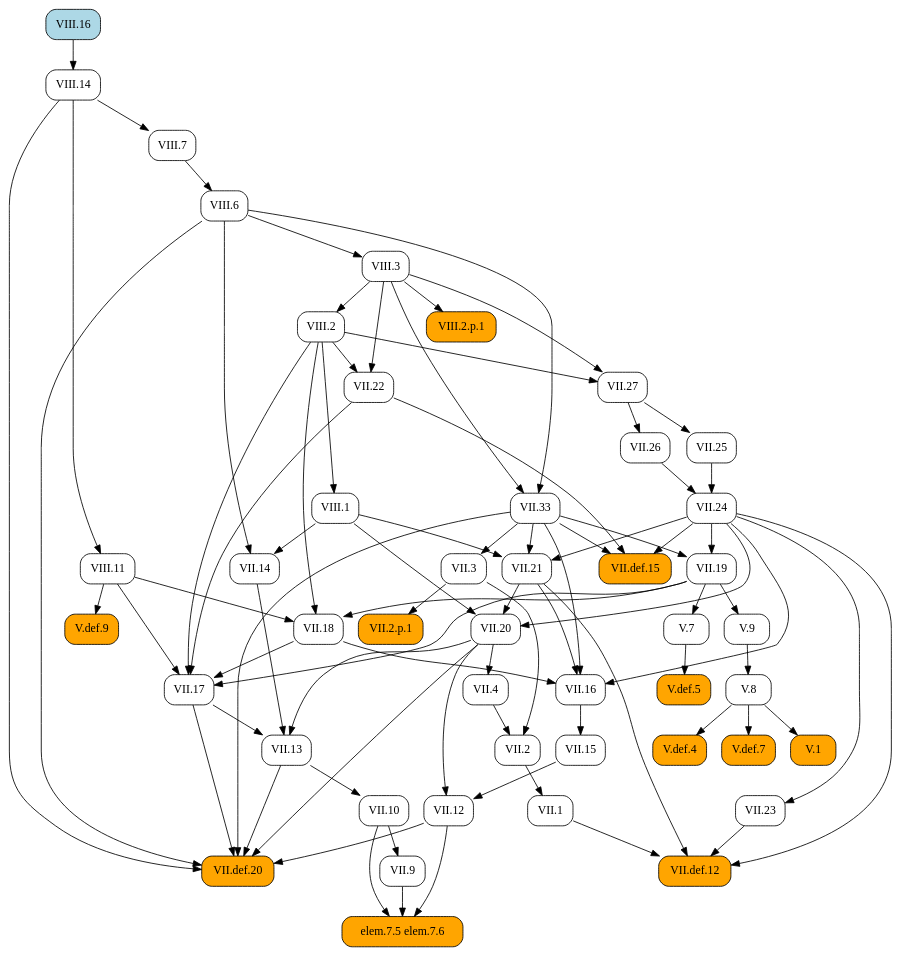
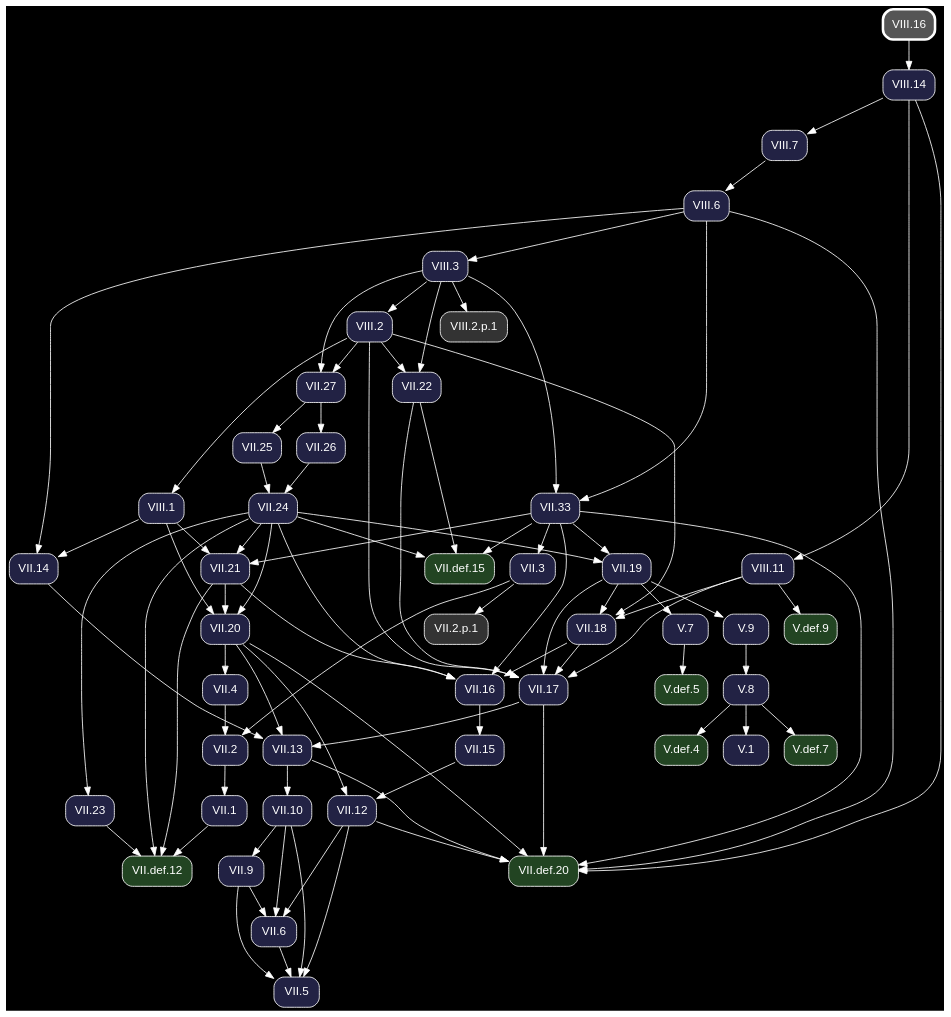
The diagram in docsrc/heath/VIII/16/index.rst (geometor/elements), drawn with Graphviz before and after one commit. The commit also changed other lines of this file and 1200 other files, not shown here.

Commit message:
update dependency graphs

```diff
--- a/docsrc/heath/VIII/16/index.rst
+++ b/docsrc/heath/VIII/16/index.rst
@@ -34,92 +34,65 @@
 .. graphviz::
 
    digraph {
+     bgcolor="black";
+     node [shape=box, style="rounded,filled", fontname="Helvetica", color="white", fontcolor="white"];
+     edge [color="white", fontcolor="white"];
      rankdir="TB";
-     node [shape=box, style=rounded];
-     "VII.33" [URL="/heath/VII/33/", target="_top"];
-     "VII.12" [URL="/heath/VII/12/", target="_top"];
-     "VIII.6" [URL="/heath/VIII/6/", target="_top"];
-     "elem.7.5 elem.7.6" [style="rounded,filled", fillcolor=orange];
-     "VII.9" [URL="/heath/VII/9/", target="_top"];
-     "VIII.2" [URL="/heath/VIII/2/", target="_top"];
-     "VII.18" [URL="/heath/VII/18/", target="_top"];
-     "VII.16" [URL="/heath/VII/16/", target="_top"];
-     "V.7" [URL="/heath/V/7/", target="_top"];
-     "VII.26" [URL="/heath/VII/26/", target="_top"];
-     "V.def.5" [style="rounded,filled", fillcolor=orange, URL="/heath/V/def.5/", target="_top"];
-     "V.9" [URL="/heath/V/9/", target="_top"];
-     "VII.10" [URL="/heath/VII/10/", target="_top"];
-     "VIII.3" [URL="/heath/VIII/3/", target="_top"];
-     "VII.13" [URL="/heath/VII/13/", target="_top"];
-     "VII.def.15" [style="rounded,filled", fillcolor=orange, URL="/heath/VII/def.15/", target="_top"];
-     "VIII.14" [URL="/heath/VIII/14/", target="_top"];
-     "VII.17" [URL="/heath/VII/17/", target="_top"];
-     "VII.19" [URL="/heath/VII/19/", target="_top"];
-     "VIII.11" [URL="/heath/VIII/11/", target="_top"];
-     "VIII.2.p.1" [style="rounded,filled", fillcolor=orange];
-     "VII.def.20" [style="rounded,filled", fillcolor=orange, URL="/heath/VII/def.20/", target="_top"];
-     "VII.2" [URL="/heath/VII/2/", target="_top"];
-     "VII.15" [URL="/heath/VII/15/", target="_top"];
-     "VII.2.p.1" [style="rounded,filled", fillcolor=orange];
-     "V.def.4" [style="rounded,filled", fillcolor=orange, URL="/heath/V/def.4/", target="_top"];
-     "VIII.7" [URL="/heath/VIII/7/", target="_top"];
-     "V.def.7" [style="rounded,filled", fillcolor=orange, URL="/heath/V/def.7/", target="_top"];
-     "VIII.16" [style="rounded,filled", fillcolor=lightblue, URL="/heath/VIII/16/", target="_top"];
-     "VII.14" [URL="/heath/VII/14/", target="_top"];
-     "VII.27" [URL="/heath/VII/27/", target="_top"];
-     "VII.21" [URL="/heath/VII/21/", target="_top"];
-     "VII.22" [URL="/heath/VII/22/", target="_top"];
-     "VII.25" [URL="/heath/VII/25/", target="_top"];
-     "VIII.1" [URL="/heath/VIII/1/", target="_top"];
-     "VII.1" [URL="/heath/VII/1/", target="_top"];
-     "V.8" [URL="/heath/V/8/", target="_top"];
-     "VII.23" [URL="/heath/VII/23/", target="_top"];
-     "VII.4" [URL="/heath/VII/4/", target="_top"];
-     "VII.def.12" [style="rounded,filled", fillcolor=orange, URL="/heath/VII/def.12/", target="_top"];
-     "V.1" [style="rounded,filled", fillcolor=orange, URL="/heath/V/1/", target="_top"];
-     "V.def.9" [style="rounded,filled", fillcolor=orange, URL="/heath/V/def.9/", target="_top"];
-     "VII.3" [URL="/heath/VII/3/", target="_top"];
-     "VII.24" [URL="/heath/VII/24/", target="_top"];
-     "VII.20" [URL="/heath/VII/20/", target="_top"];
+     "VII.33" [fillcolor="#222244", URL="/heath/VII/33/", target="_top"];
+     "V.def.5" [fillcolor="#224422", URL="/heath/V/def.5/", target="_top"];
+     "V.def.9" [fillcolor="#224422", URL="/heath/V/def.9/", target="_top"];
+     "VII.18" [fillcolor="#222244", URL="/heath/VII/18/", target="_top"];
+     "VII.2" [fillcolor="#222244", URL="/heath/VII/2/", target="_top"];
+     "VII.def.20" [fillcolor="#224422", URL="/heath/VII/def.20/", target="_top"];
+     "VII.26" [fillcolor="#222244", URL="/heath/VII/26/", target="_top"];
+     "VII.1" [fillcolor="#222244", URL="/heath/VII/1/", target="_top"];
+     "VIII.6" [fillcolor="#222244", URL="/heath/VIII/6/", target="_top"];
+     "VII.13" [fillcolor="#222244", URL="/heath/VII/13/", target="_top"];
+     "VIII.16" [penwidth=3, color="white", fillcolor="#555555", URL="/heath/VIII/16/", target="_top"];
+     "VIII.2.p.1" [fillcolor="#333333"];
+     "VII.27" [fillcolor="#222244", URL="/heath/VII/27/", target="_top"];
+     "VII.4" [fillcolor="#222244", URL="/heath/VII/4/", target="_top"];
+     "VII.25" [fillcolor="#222244", URL="/heath/VII/25/", target="_top"];
+     "VII.21" [fillcolor="#222244", URL="/heath/VII/21/", target="_top"];
+     "VIII.11" [fillcolor="#222244", URL="/heath/VIII/11/", target="_top"];
+     "VII.9" [fillcolor="#222244", URL="/heath/VII/9/", target="_top"];
+     "V.7" [fillcolor="#222244", URL="/heath/V/7/", target="_top"];
+     "VII.12" [fillcolor="#222244", URL="/heath/VII/12/", target="_top"];
+     "V.9" [fillcolor="#222244", URL="/heath/V/9/", target="_top"];
+     "VII.17" [fillcolor="#222244", URL="/heath/VII/17/", target="_top"];
+     "VII.24" [fillcolor="#222244", URL="/heath/VII/24/", target="_top"];
+     "VII.22" [fillcolor="#222244", URL="/heath/VII/22/", target="_top"];
+     "VIII.2" [fillcolor="#222244", URL="/heath/VIII/2/", target="_top"];
+     "V.def.7" [fillcolor="#224422", URL="/heath/V/def.7/", target="_top"];
+     "VII.20" [fillcolor="#222244", URL="/heath/VII/20/", target="_top"];
+     "V.def.4" [fillcolor="#224422", URL="/heath/V/def.4/", target="_top"];
+     "VII.5" [fillcolor="#222244", URL="/heath/VII/5/", target="_top"];
+     "VII.def.15" [fillcolor="#224422", URL="/heath/VII/def.15/", target="_top"];
+     "VIII.3" [fillcolor="#222244", URL="/heath/VIII/3/", target="_top"];
+     "VII.2.p.1" [fillcolor="#333333"];
+     "VII.6" [fillcolor="#222244", URL="/heath/VII/6/", target="_top"];
+     "VII.16" [fillcolor="#222244", URL="/heath/VII/16/", target="_top"];
+     "VII.15" [fillcolor="#222244", URL="/heath/VII/15/", target="_top"];
+     "V.1" [fillcolor="#222244", URL="/heath/V/1/", target="_top"];
+     "VIII.7" [fillcolor="#222244", URL="/heath/VIII/7/", target="_top"];
+     "VII.10" [fillcolor="#222244", URL="/heath/VII/10/", target="_top"];
+     "VIII.14" [fillcolor="#222244", URL="/heath/VIII/14/", target="_top"];
+     "VII.def.12" [fillcolor="#224422", URL="/heath/VII/def.12/", target="_top"];
+     "VII.19" [fillcolor="#222244", URL="/heath/VII/19/", target="_top"];
+     "VIII.1" [fillcolor="#222244", URL="/heath/VIII/1/", target="_top"];
+     "V.8" [fillcolor="#222244", URL="/heath/V/8/", target="_top"];
+     "VII.23" [fillcolor="#222244", URL="/heath/VII/23/", target="_top"];
+     "VII.3" [fillcolor="#222244", URL="/heath/VII/3/", target="_top"];
+     "VII.14" [fillcolor="#222244", URL="/heath/VII/14/", target="_top"];
      "VIII.3" -> "VII.33";
      "VIII.6" -> "VII.33";
-     "VII.15" -> "VII.12";
-     "VII.20" -> "VII.12";
-     "VIII.7" -> "VIII.6";
-     "VII.9" -> "elem.7.5 elem.7.6";
-     "VII.10" -> "elem.7.5 elem.7.6";
-     "VII.12" -> "elem.7.5 elem.7.6";
-     "VII.10" -> "VII.9";
-     "VIII.3" -> "VIII.2";
+     "V.7" -> "V.def.5";
+     "VIII.11" -> "V.def.9";
      "VII.19" -> "VII.18";
      "VIII.2" -> "VII.18";
      "VIII.11" -> "VII.18";
-     "VII.18" -> "VII.16";
-     "VII.21" -> "VII.16";
-     "VII.24" -> "VII.16";
-     "VII.33" -> "VII.16";
-     "VII.19" -> "V.7";
-     "VII.27" -> "VII.26";
-     "V.7" -> "V.def.5";
-     "VII.19" -> "V.9";
-     "VII.13" -> "VII.10";
-     "VIII.6" -> "VIII.3";
-     "VII.14" -> "VII.13";
-     "VII.17" -> "VII.13";
-     "VII.20" -> "VII.13";
-     "VII.22" -> "VII.def.15";
-     "VII.24" -> "VII.def.15";
-     "VII.33" -> "VII.def.15";
-     "VIII.16" -> "VIII.14";
-     "VII.18" -> "VII.17";
-     "VII.19" -> "VII.17";
-     "VII.22" -> "VII.17";
-     "VIII.2" -> "VII.17";
-     "VIII.11" -> "VII.17";
-     "VII.24" -> "VII.19";
-     "VII.33" -> "VII.19";
-     "VIII.14" -> "VIII.11";
-     "VIII.3" -> "VIII.2.p.1";
+     "VII.3" -> "VII.2";
+     "VII.4" -> "VII.2";
      "VII.12" -> "VII.def.20";
      "VII.13" -> "VII.def.20";
      "VII.17" -> "VII.def.20";
@@ -127,38 +100,72 @@
      "VII.33" -> "VII.def.20";
      "VIII.6" -> "VII.def.20";
      "VIII.14" -> "VII.def.20";
-     "VII.3" -> "VII.2";
-     "VII.4" -> "VII.2";
-     "VII.16" -> "VII.15";
-     "VII.3" -> "VII.2.p.1";
-     "V.8" -> "V.def.4";
-     "VIII.14" -> "VIII.7";
-     "V.8" -> "V.def.7";
-     "VIII.1" -> "VII.14";
-     "VIII.6" -> "VII.14";
+     "VII.27" -> "VII.26";
+     "VII.2" -> "VII.1";
+     "VIII.7" -> "VIII.6";
+     "VII.14" -> "VII.13";
+     "VII.17" -> "VII.13";
+     "VII.20" -> "VII.13";
+     "VIII.3" -> "VIII.2.p.1";
      "VIII.2" -> "VII.27";
      "VIII.3" -> "VII.27";
+     "VII.20" -> "VII.4";
+     "VII.27" -> "VII.25";
      "VII.24" -> "VII.21";
      "VII.33" -> "VII.21";
      "VIII.1" -> "VII.21";
+     "VIII.14" -> "VIII.11";
+     "VII.10" -> "VII.9";
+     "VII.19" -> "V.7";
+     "VII.15" -> "VII.12";
+     "VII.20" -> "VII.12";
+     "VII.19" -> "V.9";
+     "VII.18" -> "VII.17";
+     "VII.19" -> "VII.17";
+     "VII.22" -> "VII.17";
+     "VIII.2" -> "VII.17";
+     "VIII.11" -> "VII.17";
+     "VII.25" -> "VII.24";
+     "VII.26" -> "VII.24";
      "VIII.2" -> "VII.22";
      "VIII.3" -> "VII.22";
-     "VII.27" -> "VII.25";
-     "VIII.2" -> "VIII.1";
-     "VII.2" -> "VII.1";
-     "V.9" -> "V.8";
-     "VII.24" -> "VII.23";
-     "VII.20" -> "VII.4";
+     "VIII.3" -> "VIII.2";
+     "V.8" -> "V.def.7";
+     "VII.21" -> "VII.20";
+     "VII.24" -> "VII.20";
+     "VIII.1" -> "VII.20";
+     "V.8" -> "V.def.4";
+     "VII.6" -> "VII.5";
+     "VII.9" -> "VII.5";
+     "VII.10" -> "VII.5";
+     "VII.12" -> "VII.5";
+     "VII.22" -> "VII.def.15";
+     "VII.24" -> "VII.def.15";
+     "VII.33" -> "VII.def.15";
+     "VIII.6" -> "VIII.3";
+     "VII.3" -> "VII.2.p.1";
+     "VII.9" -> "VII.6";
+     "VII.10" -> "VII.6";
+     "VII.12" -> "VII.6";
+     "VII.18" -> "VII.16";
+     "VII.21" -> "VII.16";
+     "VII.24" -> "VII.16";
+     "VII.33" -> "VII.16";
+     "VII.16" -> "VII.15";
+     "V.8" -> "V.1";
+     "VIII.14" -> "VIII.7";
+     "VII.13" -> "VII.10";
+     "VIII.16" -> "VIII.14";
      "VII.1" -> "VII.def.12";
      "VII.21" -> "VII.def.12";
      "VII.23" -> "VII.def.12";
      "VII.24" -> "VII.def.12";
-     "V.8" -> "V.1";
-     "VIII.11" -> "V.def.9";
+     "VII.24" -> "VII.19";
+     "VII.33" -> "VII.19";
+     "VIII.2" -> "VIII.1";
+     "V.9" -> "V.8";
+     "VII.24" -> "VII.23";
      "VII.33" -> "VII.3";
-     "VII.25" -> "VII.24";
-     "VII.26" -> "VII.24";
-     "VII.21" -> "VII.20";
-     "VII.24" -> "VII.20";
-     "VIII.1" -> "VII.20";
+     "VIII.1" -> "VII.14";
+     "VIII.6" -> "VII.14";
    }
```
